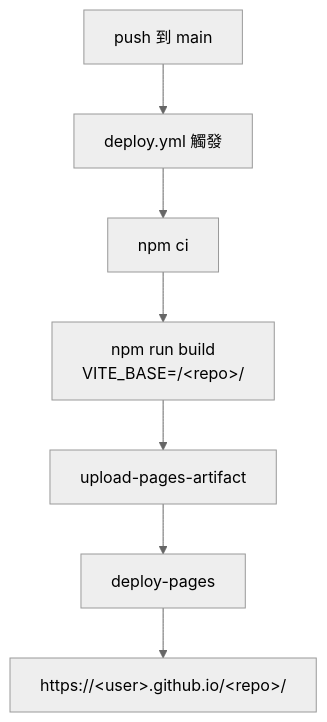
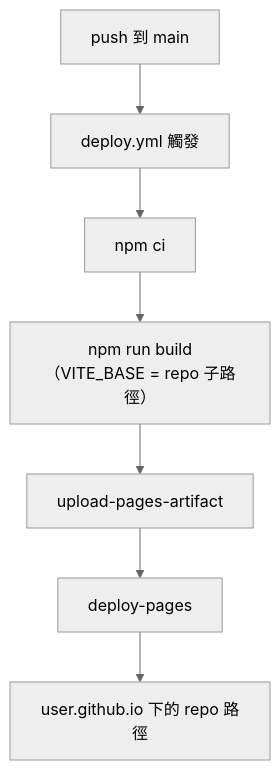
One commit to ChuangAllen/travel-app changed the sixth of 6 diagrams in README.md. Above: the diagram before and after it, drawn with Mermaid (neutral theme). The commit also changed other lines of this file, not shown here.

Commit message:
Docs: 修正 README mermaid 圖語法（GitHub 無法渲染）

````diff
--- a/README.md
+++ b/README.md
@@ -187,9 +191,9 @@
 ```mermaid
 flowchart TD
-    A[push 到 main] --> B[deploy.yml 觸發]
-    B --> C[npm ci]
-    C --> D["npm run build<br/>VITE_BASE=/&lt;repo&gt;/"]
-    D --> E[upload-pages-artifact]
-    E --> F[deploy-pages]
-    F --> G["https://&lt;user&gt;.github.io/&lt;repo&gt;/"]
+    A["push 到 main"] --> B["deploy.yml 觸發"]
+    B --> C["npm ci"]
+    C --> D["npm run build（VITE_BASE = repo 子路徑）"]
+    D --> E["upload-pages-artifact"]
+    E --> F["deploy-pages"]
+    F --> G["user.github.io 下的 repo 路徑"]
 ```
````
